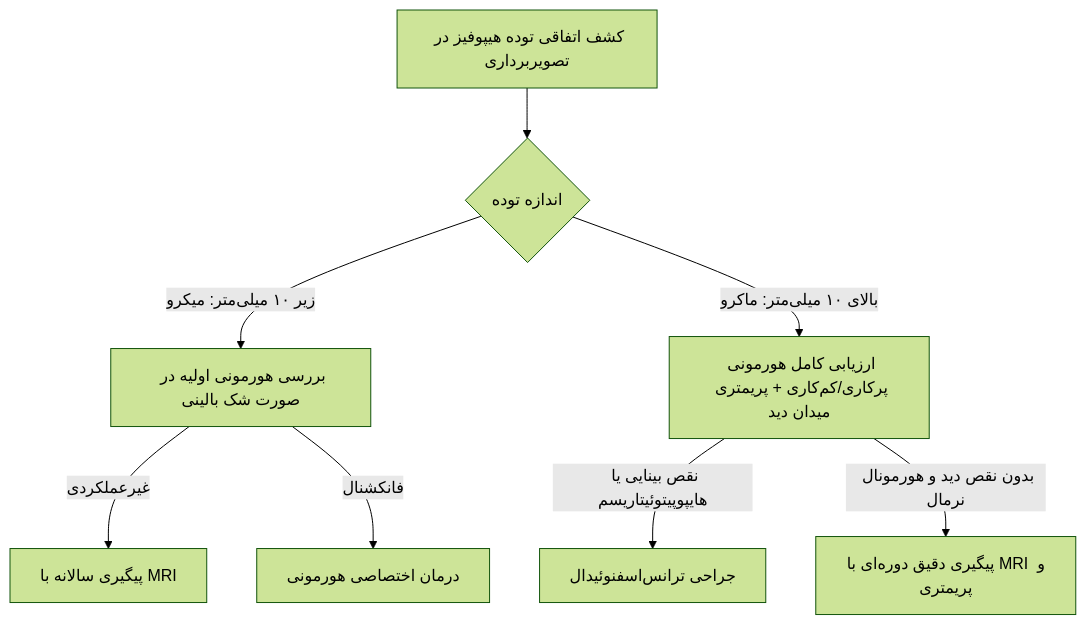
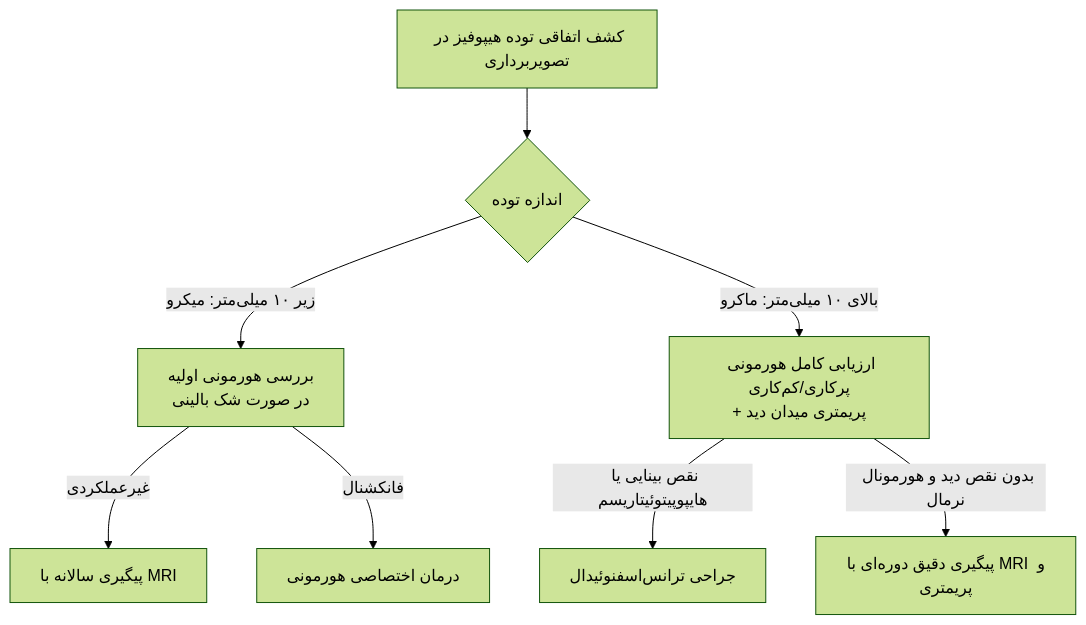
The third of 6 diagrams in 07/مبانی غدد/هیپوفیز قدامی و هیپوتالاموس.md (neopulse-hub/TUMS-1402-1-neo), drawn with Mermaid (forest theme) before and after one commit. The commit also changed other lines of this file, not shown here.

````diff
--- a/07/مبانی غدد/هیپوفیز قدامی و هیپوتالاموس.md
+++ b/07/مبانی غدد/هیپوفیز قدامی و هیپوتالاموس.md
@@ -128,13 +128,13 @@
 ```mermaid
 flowchart TD
     Incid[کشف اتفاقی توده هیپوفیز در تصویربرداری] --> SizeBranch{اندازه توده}
     
-    SizeBranch -->|زیر ۱۰ میلی‌متر: میکرو| MicroEval[بررسی هورمونی اولیه در صورت شک بالینی]
-    SizeBranch -->|بالای ۱۰ میلی‌متر: ماکرو| MacroEval[ارزیابی کامل هورمونی پرکاری/کم‌‌کاری + پریمتری میدان دید]
+    SizeBranch -->|زیر ۱۰ میلی‌متر: میکرو| MicroEval[بررسی هورمونی اولیه<br>در صورت شک بالینی]
+    SizeBranch -->|بالای ۱۰ میلی‌متر: ماکرو| MacroEval[ارزیابی کامل هورمونی پرکاری/کم‌‌کاری<br>+ پریمتری میدان دید]
     
     MicroEval -->|غیرعملکردی| ObsMicro[پیگیری سالانه با MRI]
     MicroEval -->|فانکشنال| TreatMicro[درمان اختصاصی هورمونی]
     
     MacroEval -->|نقص بینایی یا هایپوپیتوئیتاریسم| SurgMacro[جراحی ترانس‌اسفنوئیدال]
     MacroEval -->|بدون نقص دید و هورمونال نرمال| ObsMacro[پیگیری دقیق دوره‌ای با MRI و پریمتری]
 ```
````
